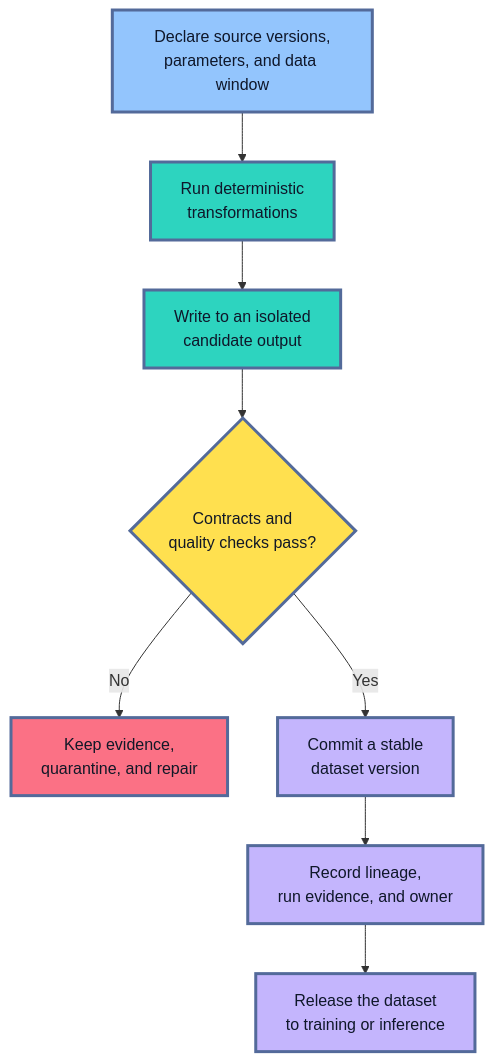
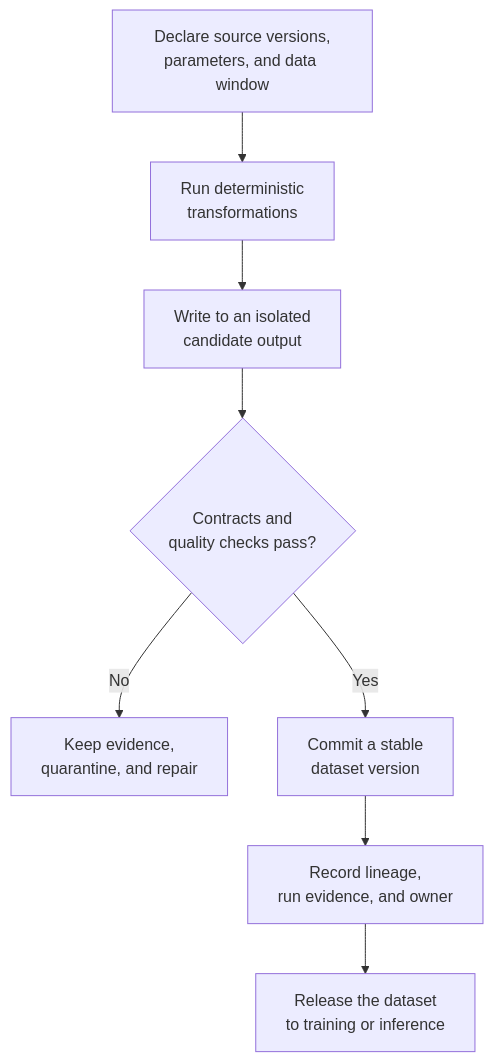
One commit to senlinyy/dev-roadmaps changed the first of 9 diagrams in roadmaps/mlops/modules/data-for-ml-systems/data-pipelines/01-repeatable-data-pipelines.md. Above: the diagram before and after it, drawn with Mermaid. The commit also changed other lines of this file and 152 other files, not shown here.

Commit message:
feat: mlops and diagrams updated

````diff
--- a/roadmaps/mlops/modules/data-for-ml-systems/data-pipelines/01-repeatable-data-pipelines.md
+++ b/roadmaps/mlops/modules/data-for-ml-systems/data-pipelines/01-repeatable-data-pipelines.md
@@ -49,21 +49,16 @@
 ```mermaid
 flowchart TD
     A["Declare source versions,<br/>parameters, and data window"] --> B["Run deterministic<br/>transformations"]
     B --> C["Write to an isolated<br/>candidate output"]
     C --> D{"Contracts and<br/>quality checks pass?"}
     D -->|"No"| E["Keep evidence,<br/>quarantine, and repair"]
     D -->|"Yes"| F["Commit a stable<br/>dataset version"]
     F --> G["Record lineage,<br/>run evidence, and owner"]
     G --> H["Release the dataset<br/>to training or inference"]
 
-    classDef input fill:#93C5FD,stroke:#536A9A,stroke-width:3px,color:#0F172A
-    classDef work fill:#2DD4BF,stroke:#536A9A,stroke-width:3px,color:#0F172A
-    classDef gate fill:#FFE04F,stroke:#536A9A,stroke-width:3px,color:#111827
-    classDef fail fill:#FB7185,stroke:#536A9A,stroke-width:3px,color:#111827
-    classDef publish fill:#C4B5FD,stroke:#536A9A,stroke-width:3px,color:#0F172A
     class A input
     class B,C work
     class D gate
     class E fail
     class F,G,H publish
 ```
````
